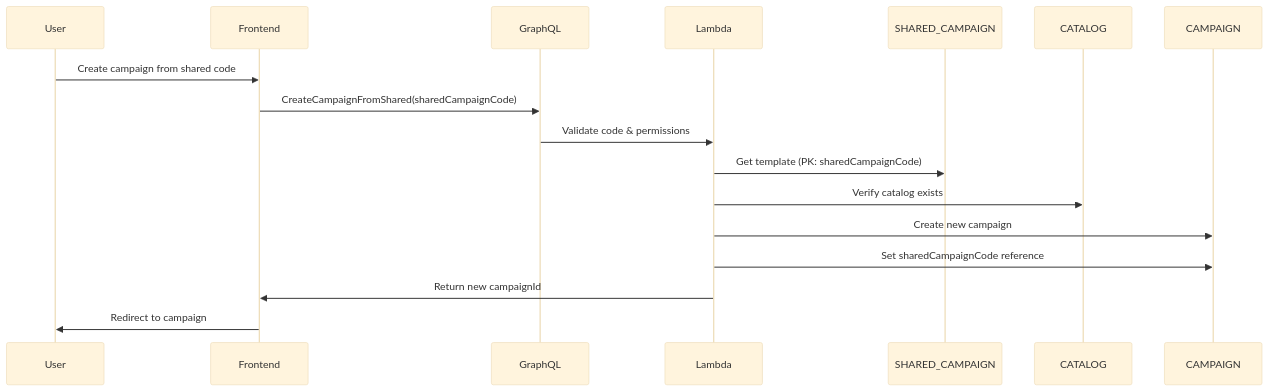
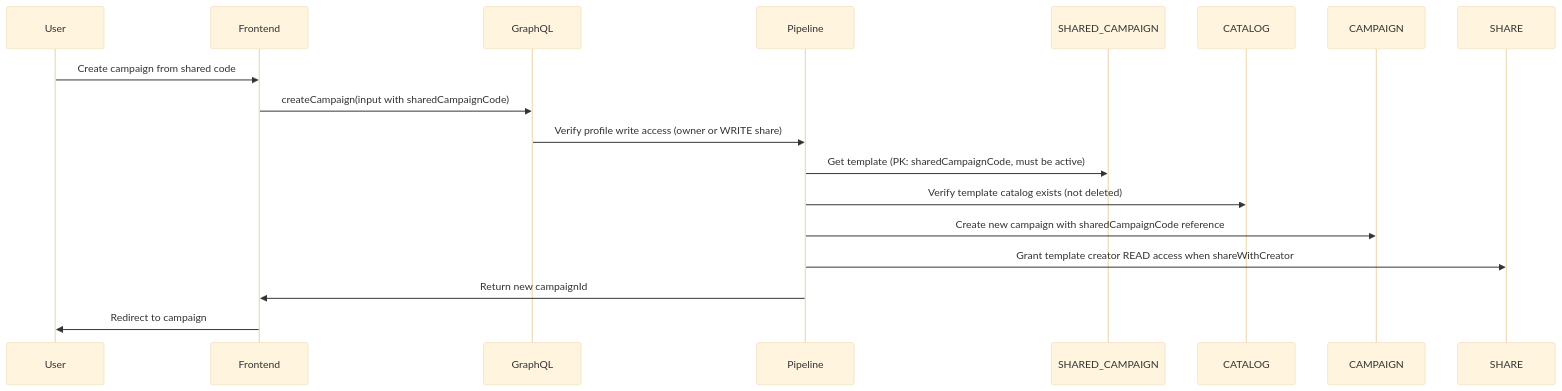
Before and after one commit to dmeiser/kernelworx: the sixth of 13 diagrams in docs/SCHEMA.md, drawn with Mermaid (base theme). The commit also changed 24 other files, not shown here.

First line of the commit message:
feat(appsync): migrate createCampaign mutation to JS pipeline resolver (#301)

````diff
--- a/docs/SCHEMA.md
+++ b/docs/SCHEMA.md
@@ -221,12 +221,12 @@
 ```mermaid
 sequenceDiagram
     User->>Frontend: Create campaign from shared code
-    Frontend->>GraphQL: CreateCampaignFromShared(sharedCampaignCode)
-    GraphQL->>Lambda: Validate code & permissions
-    Lambda->>SHARED_CAMPAIGN: Get template (PK: sharedCampaignCode)
-    Lambda->>CATALOG: Verify catalog exists
-    Lambda->>CAMPAIGN: Create new campaign
-    Lambda->>CAMPAIGN: Set sharedCampaignCode reference
-    Lambda->>Frontend: Return new campaignId
+    Frontend->>GraphQL: createCampaign(input with sharedCampaignCode)
+    GraphQL->>Pipeline: Verify profile write access (owner or WRITE share)
+    Pipeline->>SHARED_CAMPAIGN: Get template (PK: sharedCampaignCode, must be active)
+    Pipeline->>CATALOG: Verify template catalog exists (not deleted)
+    Pipeline->>CAMPAIGN: Create new campaign with sharedCampaignCode reference
+    Pipeline->>SHARE: Grant template creator READ access when shareWithCreator
+    Pipeline->>Frontend: Return new campaignId
     Frontend->>User: Redirect to campaign
 ```
````
